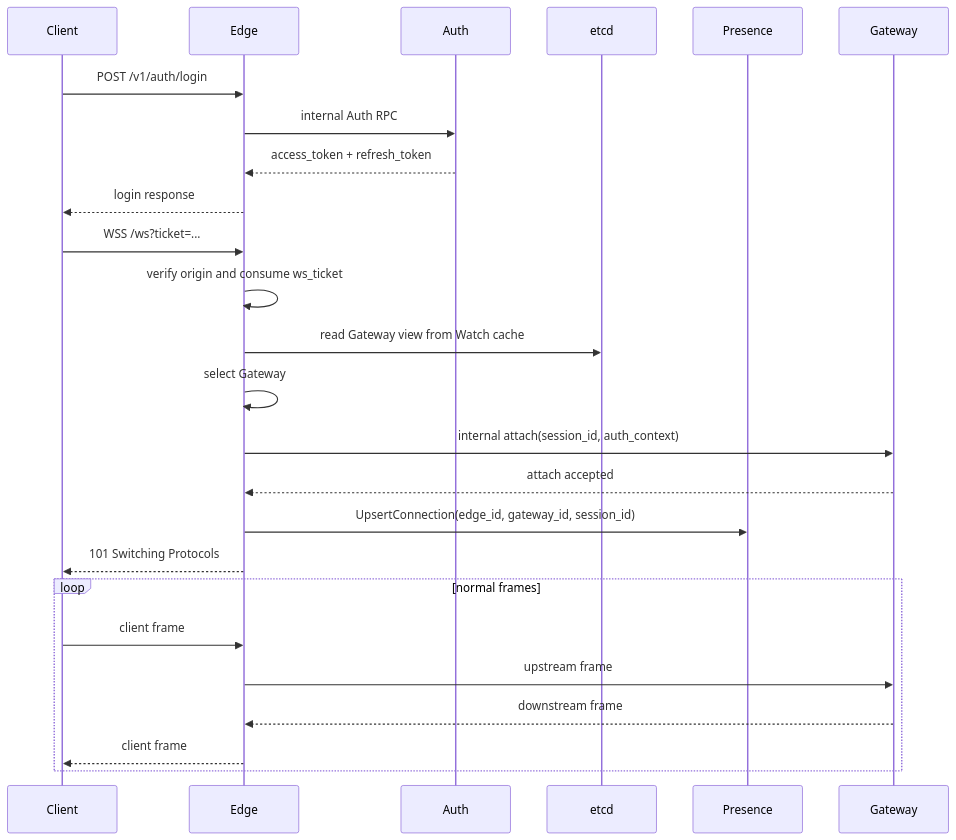
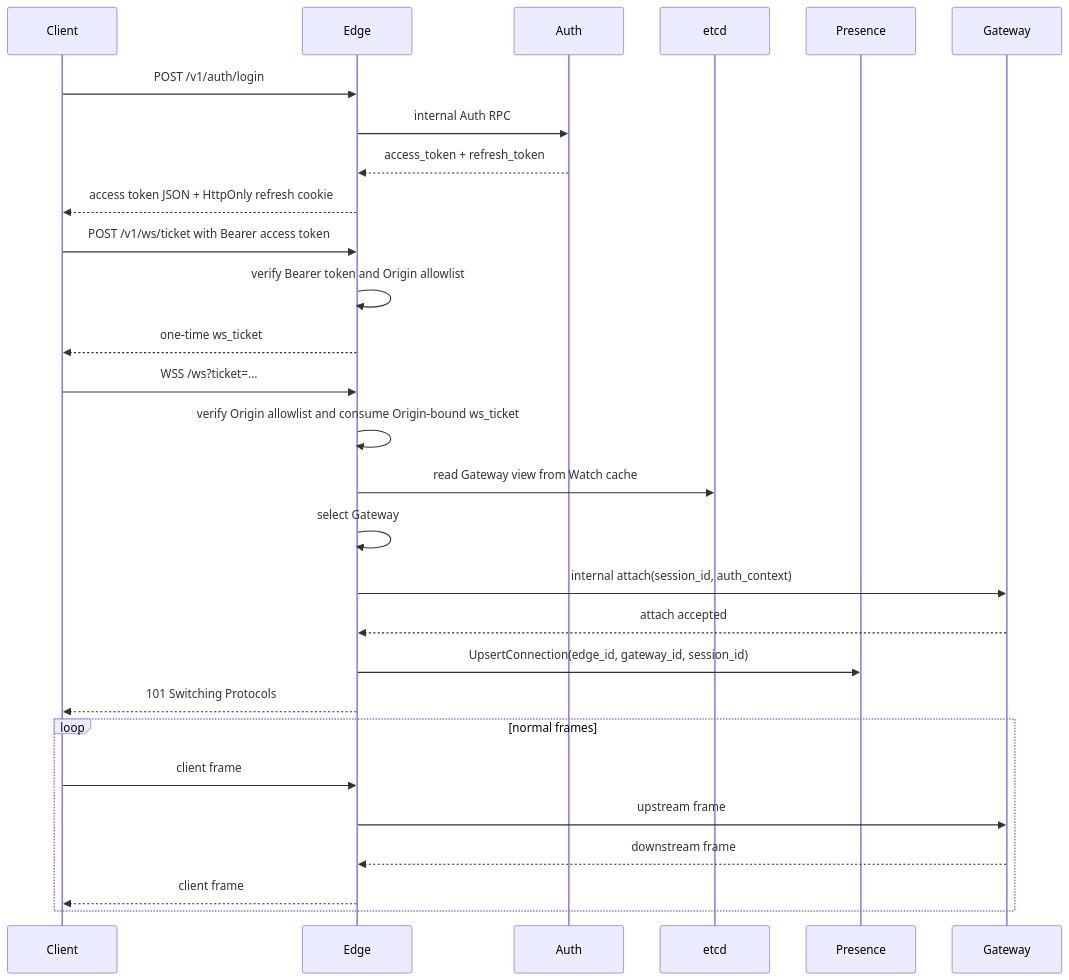
The second of 8 diagrams in docs/gateway/DESIGN.md (HappyLadySauce/Beehive-IM), drawn with Mermaid before and after one commit. The commit also changed other lines of this file and 32 other files, not shown here.

````diff
--- a/docs/gateway/DESIGN.md
+++ b/docs/gateway/DESIGN.md
@@ -150,30 +152,34 @@
 ```mermaid
 sequenceDiagram
     participant C as Client
     participant E as Edge
     participant A as Auth
     participant EC as etcd
     participant P as Presence
     participant G as Gateway
 
     C->>E: POST /v1/auth/login
     E->>A: internal Auth RPC
     A-->>E: access_token + refresh_token
-    E-->>C: login response
+    E-->>C: access token JSON + HttpOnly refresh cookie
+
+    C->>E: POST /v1/ws/ticket with Bearer access token
+    E->>E: verify Bearer token and Origin allowlist
+    E-->>C: one-time ws_ticket
 
     C->>E: WSS /ws?ticket=...
-    E->>E: verify origin and consume ws_ticket
+    E->>E: verify Origin allowlist and consume Origin-bound ws_ticket
     E->>EC: read Gateway view from Watch cache
     E->>E: select Gateway
     E->>G: internal attach(session_id, auth_context)
     G-->>E: attach accepted
     E->>P: UpsertConnection(edge_id, gateway_id, session_id)
     E-->>C: 101 Switching Protocols
 
     loop normal frames
         C->>E: client frame
         E->>G: upstream frame
         G-->>E: downstream frame
         E-->>C: client frame
     end
 ```
````
